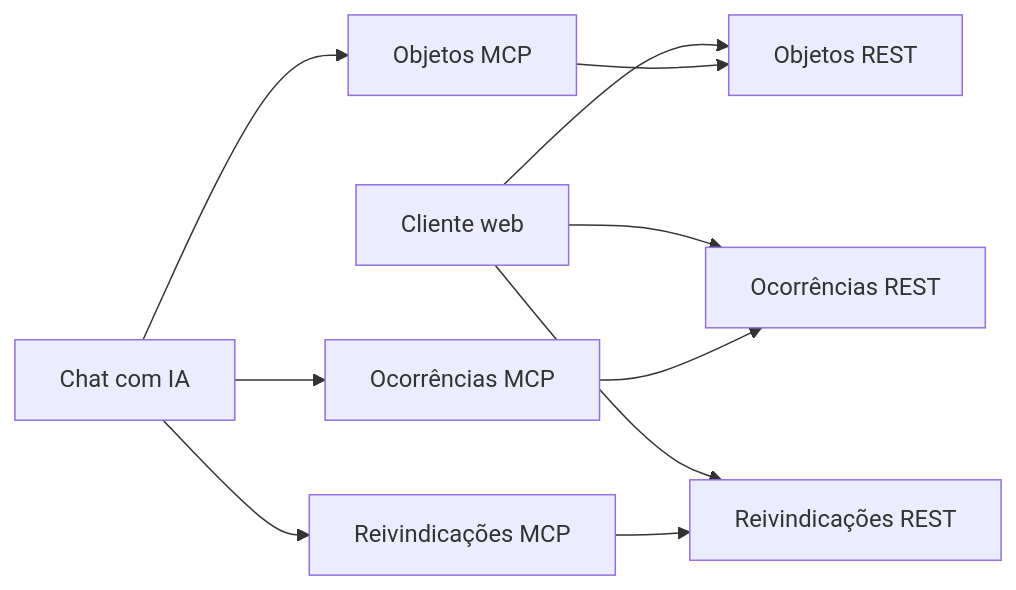
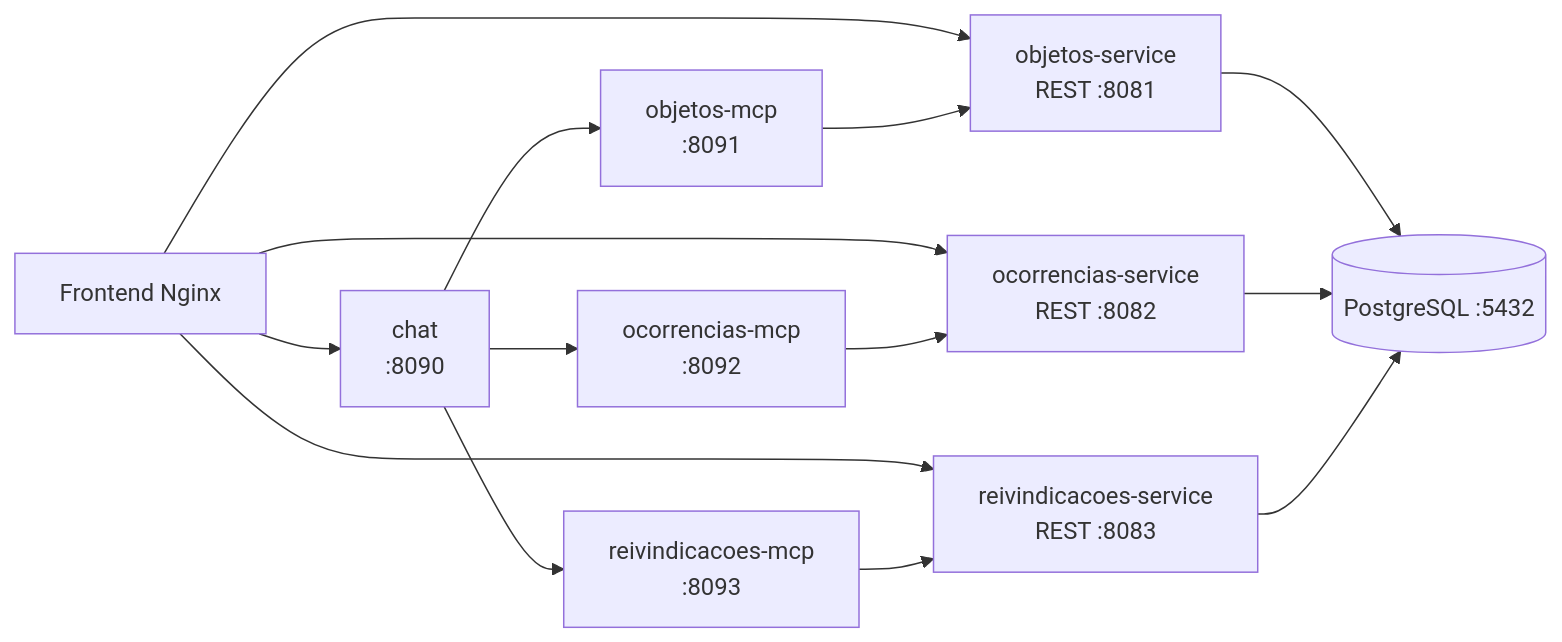
One commit to GuiRezende/posweb-achados-perdidos-mcp changed the diagram in README.md. Above: the diagram before and after it, drawn with Mermaid. The commit also changed other lines of this file, not shown here.

Commit message:
docs: atualiza README com a arquitetura e execução atuais

````diff
--- a/README.md
+++ b/README.md
@@ -29,14 +27,19 @@
 ```mermaid
 flowchart LR
-    WEB[Cliente web] --> OBJ[Objetos REST]
-    WEB --> OCO[Ocorrências REST]
-    WEB --> REI[Reivindicações REST]
+    WEB[Frontend Nginx] --> OBJ[objetos-service\nREST :8081]
+    WEB --> OCO[ocorrencias-service\nREST :8082]
+    WEB --> REI[reivindicacoes-service\nREST :8083]
+    WEB --> CHAT[chat\n:8090]
 
-    CHAT[Chat com IA] --> OMCP[Objetos MCP]
-    CHAT --> CMCP[Ocorrências MCP]
-    CHAT --> RMCP[Reivindicações MCP]
+    CHAT --> OMCP[objetos-mcp\n:8091]
+    CHAT --> CMCP[ocorrencias-mcp\n:8092]
+    CHAT --> RMCP[reivindicacoes-mcp\n:8093]
 
     OMCP --> OBJ
     CMCP --> OCO
     RMCP --> REI
+
+    OBJ --> PG[(PostgreSQL :5432)]
+    OCO --> PG
+    REI --> PG
 ```
````
